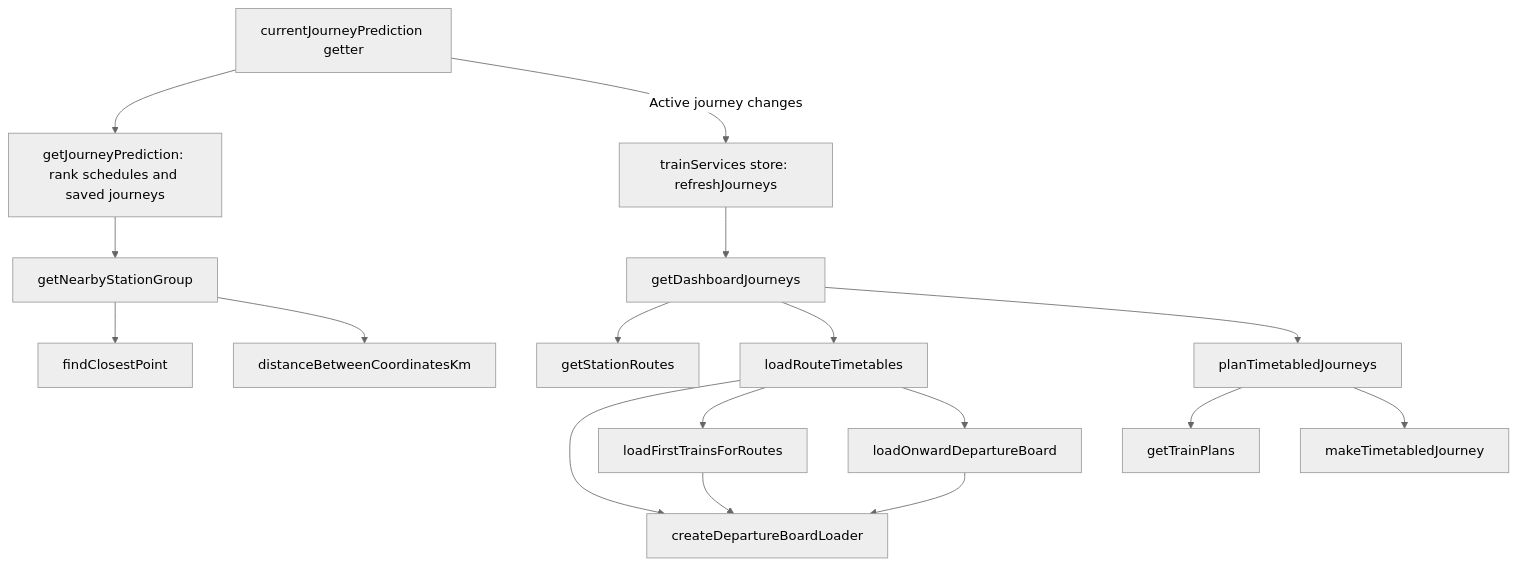
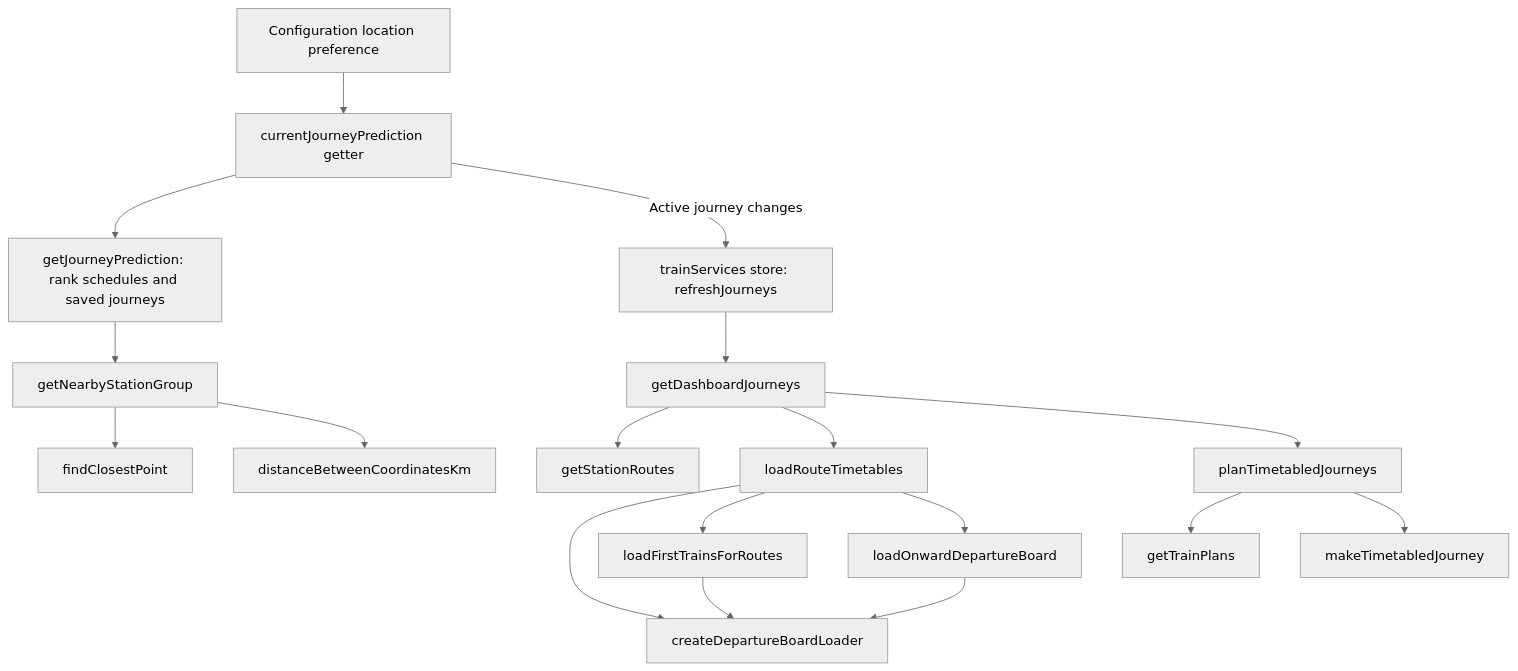
Before and after one commit to nd9600/trainDashboard: the second of 5 diagrams in docs/journey-planning.md, drawn with Mermaid (neutral theme). The commit also changed other lines of this file and 12 other files, not shown here.

````diff
--- a/docs/journey-planning.md
+++ b/docs/journey-planning.md
@@ -41,33 +43,34 @@
 ```mermaid
 flowchart TD
     selection[currentJourneyPrediction getter]
     prediction[getJourneyPrediction: rank schedules and saved journeys]
     nearby[getNearbyStationGroup]
     refresh[trainServices store: refreshJourneys]
     dashboard[getDashboardJourneys]
     routes[getStationRoutes]
     load[loadRouteTimetables]
     requests[createDepartureBoardLoader]
     first[loadFirstTrainsForRoutes]
     onward[loadOnwardDepartureBoard]
     plan[planTimetabledJourneys]
     trainPlans[getTrainPlans]
     make[makeTimetabledJourney]
 
+    config[Configuration location preference] --> selection
     selection --> prediction
     prediction --> nearby
     nearby --> closest[findClosestPoint]
     nearby --> distance[distanceBetweenCoordinatesKm]
     selection -->|Active journey changes| refresh
     refresh --> dashboard
     dashboard --> routes
     dashboard --> load
     load --> requests
     load --> first
     load --> onward
     first --> requests
     onward --> requests
     dashboard --> plan
     plan --> trainPlans
     plan --> make
 ```
````
